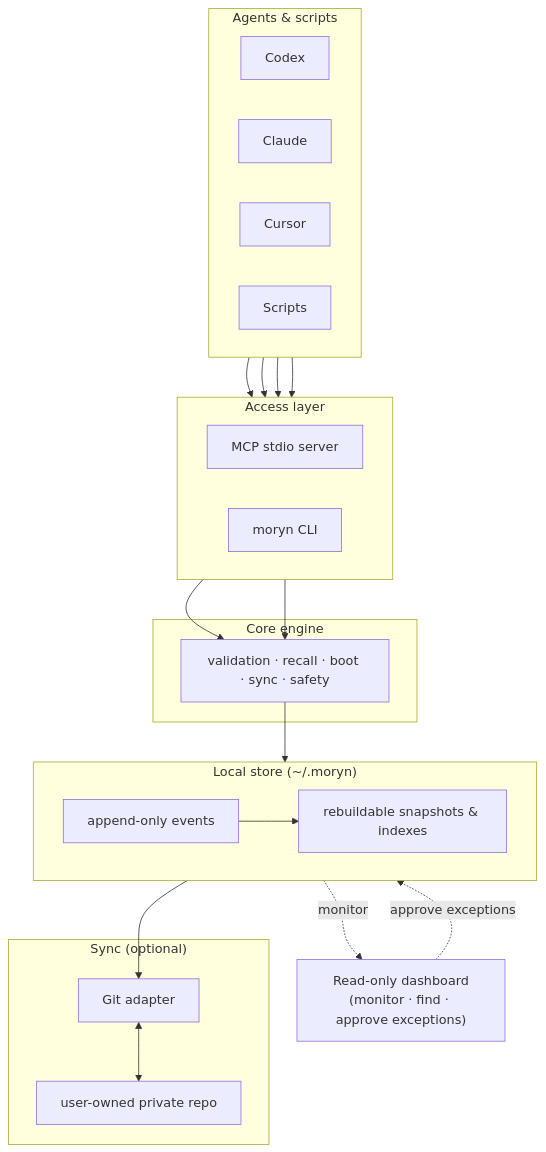
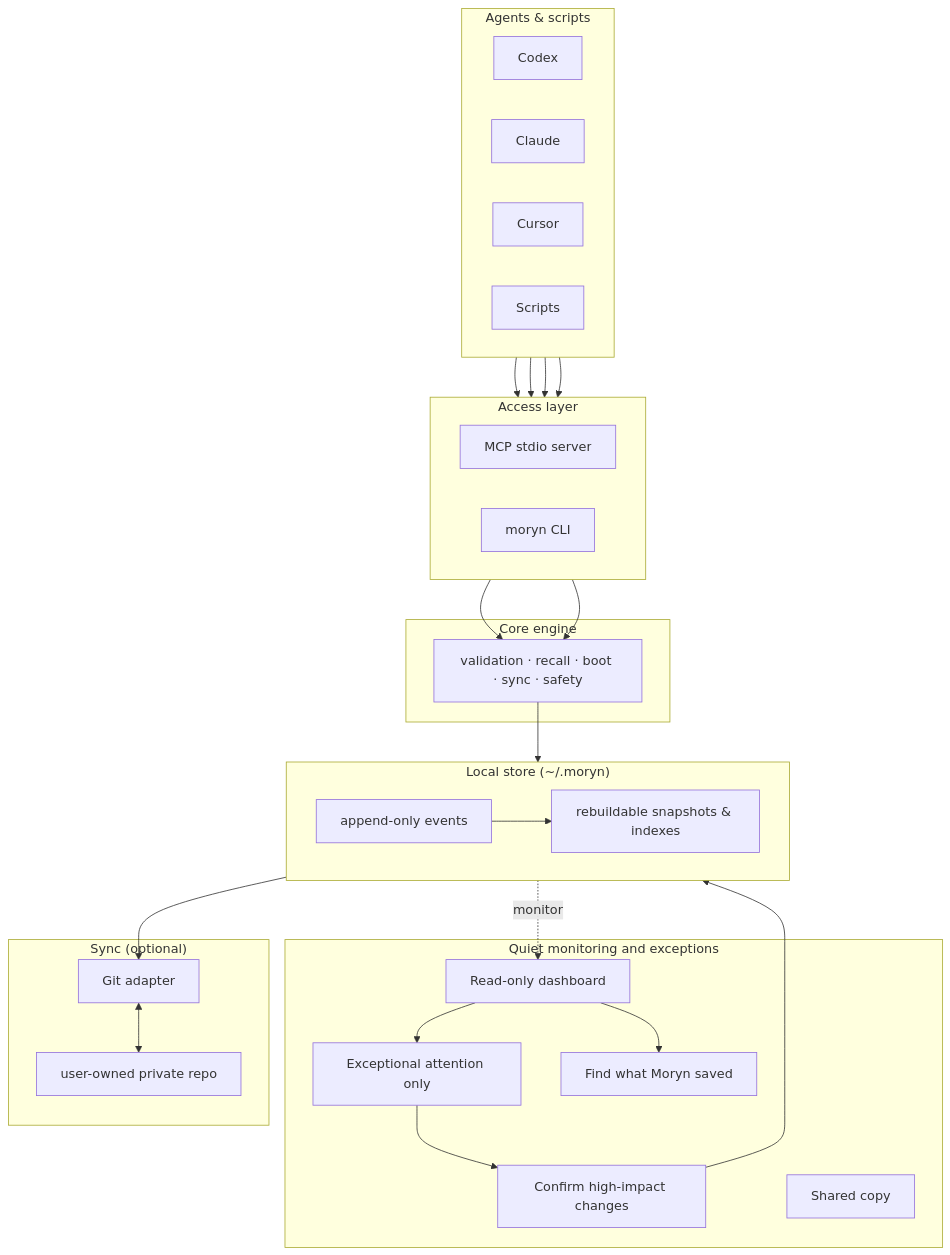
The diagram in README.md (Richardyu114/Moryn), drawn with Mermaid before and after one commit. The commit also changed other lines of this file and 40 other files, not shown here.

````diff
--- a/README.md
+++ b/README.md
@@ -107,43 +152,52 @@
 ```mermaid
 flowchart TB
   subgraph Agents["Agents & scripts"]
     direction LR
     Codex["Codex"]
     Claude["Claude"]
     Cursor["Cursor"]
     Scripts["Scripts"]
   end
 
   subgraph Access["Access layer"]
     direction LR
     MCP["MCP stdio server"]
     CLI["moryn CLI"]
   end
 
   subgraph Core["Core engine"]
     Engine["validation · recall · boot · sync · safety"]
   end
 
   subgraph Store["Local store (~/.moryn)"]
     direction LR
     Events["append-only events"]
     Views["rebuildable snapshots & indexes"]
   end
 
-  Dashboard["Read-only dashboard<br/>(monitor · find · approve exceptions)"]
+  subgraph ReviewLayer["Quiet monitoring and exceptions"]
+    Dashboard["Read-only dashboard"]
+    DashboardReview["Exceptional attention only"]
+    MemorySearch["Find what Moryn saved"]
+    Approve["Confirm high-impact changes"]
+    SharedCopy["Shared copy"]
+  end
 
   subgraph Sync["Sync (optional)"]
     Git["Git adapter"]
     Remote["user-owned private repo"]
   end
 
   Codex & Claude & Cursor --> MCP
   Scripts --> CLI
   MCP & CLI --> Engine
   Engine --> Events
   Events --> Views
   Views -. monitor .-> Dashboard
-  Dashboard -. approve exceptions .-> Events
+  Dashboard --> DashboardReview
+  Dashboard --> MemorySearch
+  DashboardReview --> Approve
+  Approve --> Events
   Events --> Git
   Git <--> Remote
 ```
````
